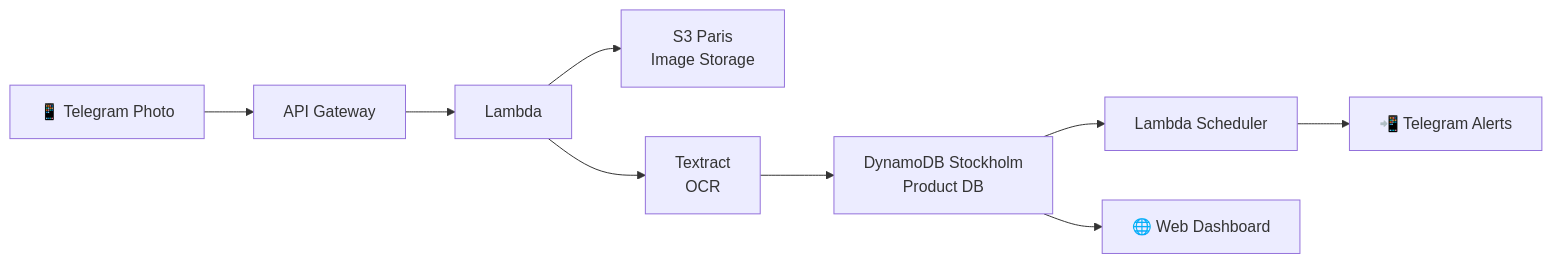
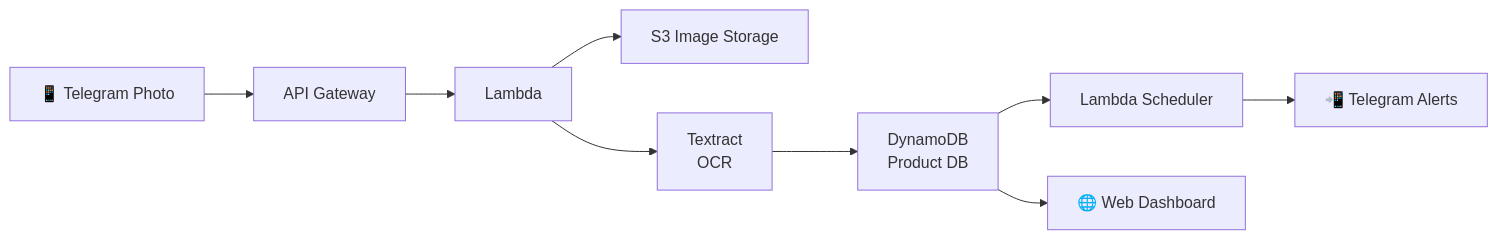
One commit to GraciaKaglan/ShelfSaver changed the diagram in README.md. Above: the diagram before and after it, drawn with Mermaid. The commit also changed other lines of this file, not shown here.

First line of the commit message:
Refine architecture section in README

````diff
--- a/README.md
+++ b/README.md
@@ -74,11 +66,11 @@
 ```mermaid
 graph LR
     A[📱 Telegram Photo] --> B[API Gateway]
     B --> C[Lambda]
-    C --> D[S3 Paris\nImage Storage]
+    C --> D[S3 Image Storage]
     C --> E[Textract\nOCR]
-    E --> F[DynamoDB Stockholm\nProduct DB]
+    E --> F[DynamoDB \nProduct DB]
     F --> G[Lambda Scheduler]
     G --> H[📲 Telegram Alerts]
     F --> I[🌐 Web Dashboard]
 ```
````
